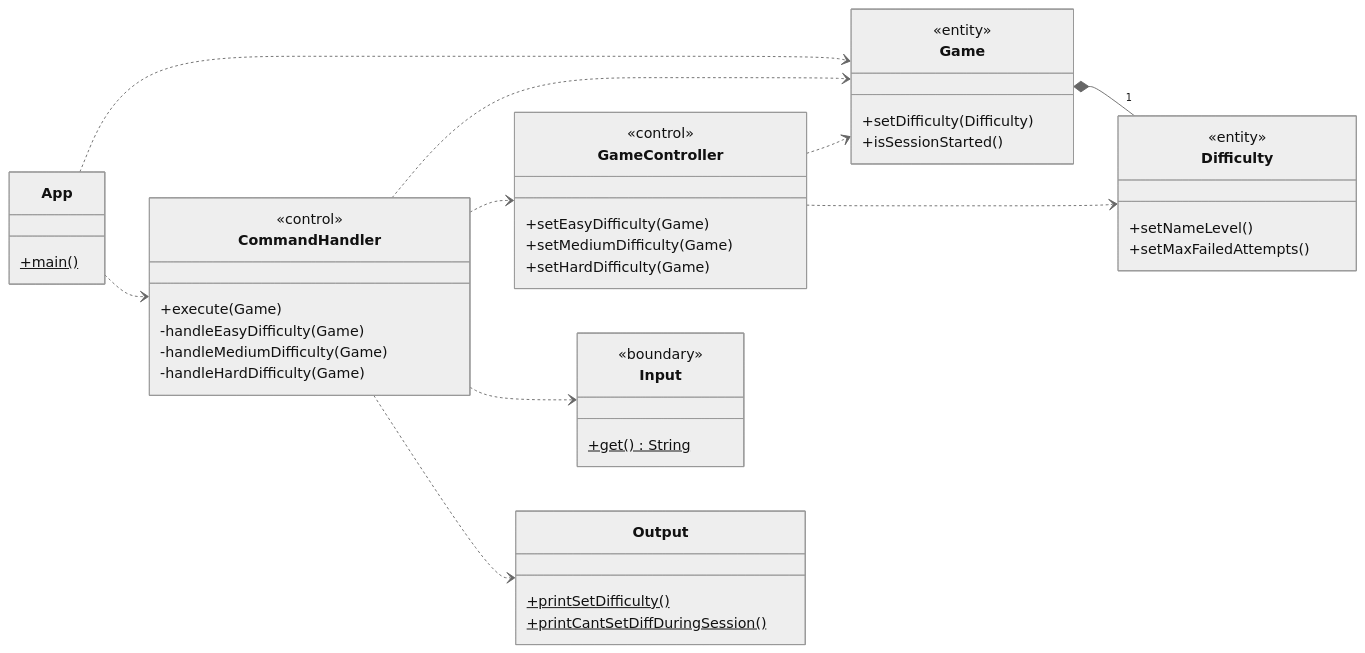
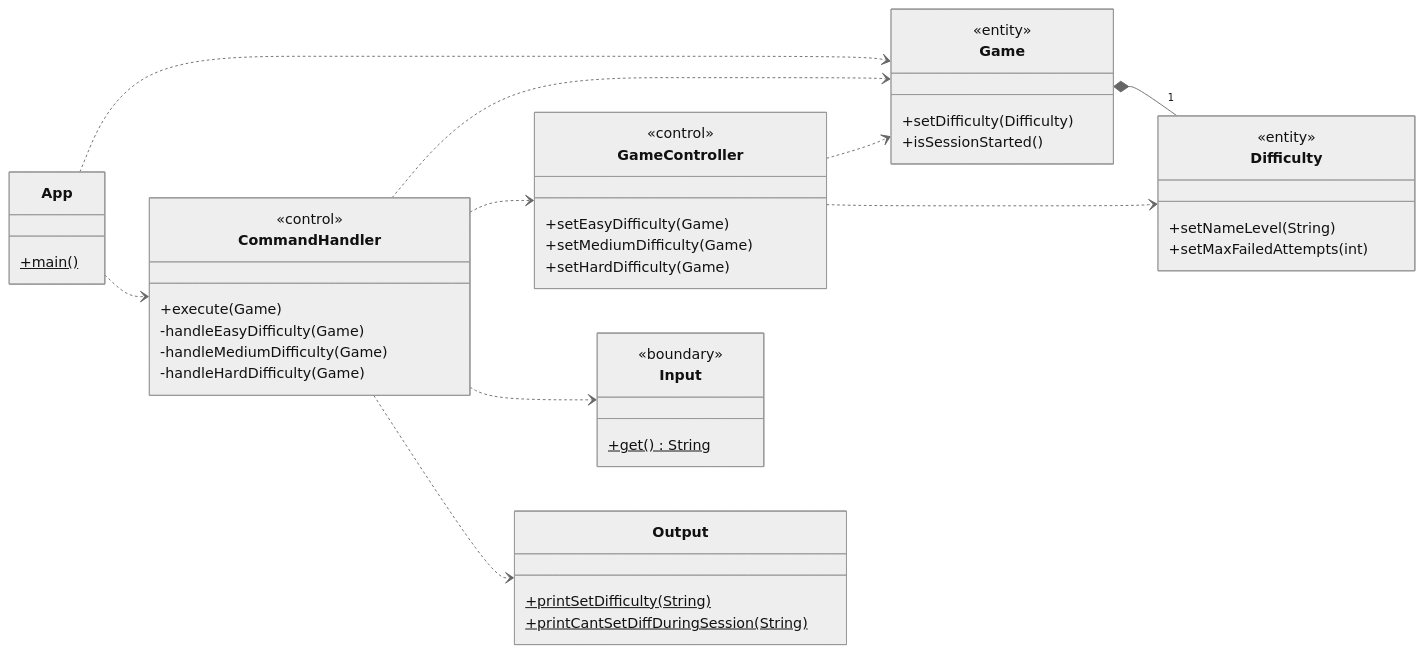
The fifth of 7 diagrams in docs/Report.md (softeng2223-inf-uniba/progetto2223-thacker), drawn with Mermaid (neutral theme) before and after one commit. The commit also changed other lines of this file, not shown here.

````diff
--- a/docs/Report.md
+++ b/docs/Report.md
@@ -405,59 +405,59 @@
 ```mermaid
 classDiagram
   direction LR
 
   class App {
     +main()$
   }
   
   App ..> Game
   App ..> CommandHandler
 
   class CommandHandler {
     +execute(Game)
     -handleEasyDifficulty(Game)
     -handleMediumDifficulty(Game)
     -handleHardDifficulty(Game)
   }
   <<control>> CommandHandler
 
   CommandHandler ..> Game
   CommandHandler ..> GameController
   CommandHandler ..> Input
   CommandHandler ..> Output 
 
   class Input {
     +get()$ String
   }
   <<boundary>> Input
 
   class Output {
-    +printSetDifficulty()$
-    +printCantSetDiffDuringSession()$
+    +printSetDifficulty(String)$
+    +printCantSetDiffDuringSession(String)$
   }
   <<boundary>> Input
 
   class GameController {
     +setEasyDifficulty(Game)
     +setMediumDifficulty(Game)
     +setHardDifficulty(Game)
   }
   <<control>> GameController
 
   GameController ..> Game
   GameController ..> Difficulty
 
   class Game {
     +setDifficulty(Difficulty)
     +isSessionStarted()
   }
   <<entity>> Game
 
   Game *-- "1" Difficulty
 
   class Difficulty {
-    +setNameLevel()
-    +setMaxFailedAttempts()
+    +setNameLevel(String)
+    +setMaxFailedAttempts(int)
   }
   <<entity>> Difficulty
 ```
````
